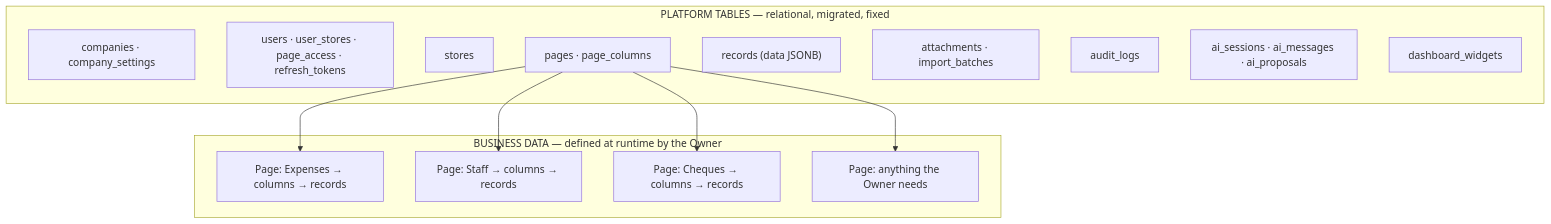
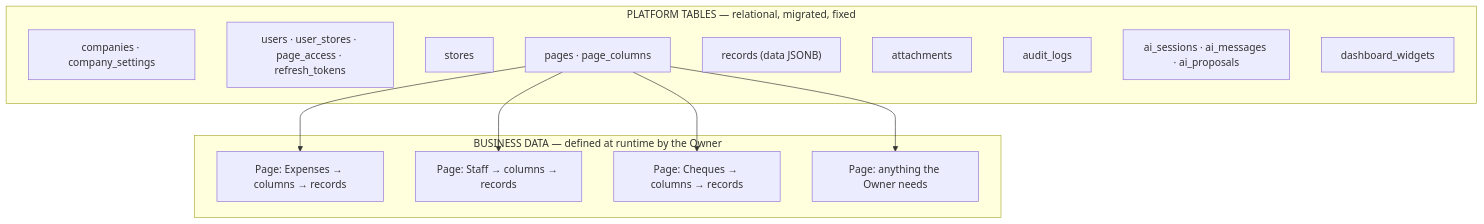
The seventh of 18 diagrams in docs/PROJECT_PLAN.md (Aathi-kshan/VELMART_ACCOUNTING_AGENT), drawn with Mermaid before and after one commit. The commit also changed other lines of this file and 60 other files, not shown here.

````diff
--- a/docs/PROJECT_PLAN.md
+++ b/docs/PROJECT_PLAN.md
@@ -445,24 +444,24 @@
 ```mermaid
 flowchart TB
     subgraph Platform["PLATFORM TABLES — relational, migrated, fixed"]
         P1["companies · company_settings"]
         P2["users · user_stores · page_access · refresh_tokens"]
         P3["stores"]
         P4["pages · page_columns"]
         P5["records (data JSONB)"]
-        P6["attachments · import_batches"]
+        P6["attachments"]
         P7["audit_logs"]
         P8["ai_sessions · ai_messages · ai_proposals"]
         P9["dashboard_widgets"]
     end
     subgraph Business["BUSINESS DATA — defined at runtime by the Owner"]
         B1["Page: Expenses → columns → records"]
         B2["Page: Staff → columns → records"]
         B3["Page: Cheques → columns → records"]
         B4["Page: anything the Owner needs"]
     end
     P4 --> B1
     P4 --> B2
     P4 --> B3
     P4 --> B4
 ```
````
